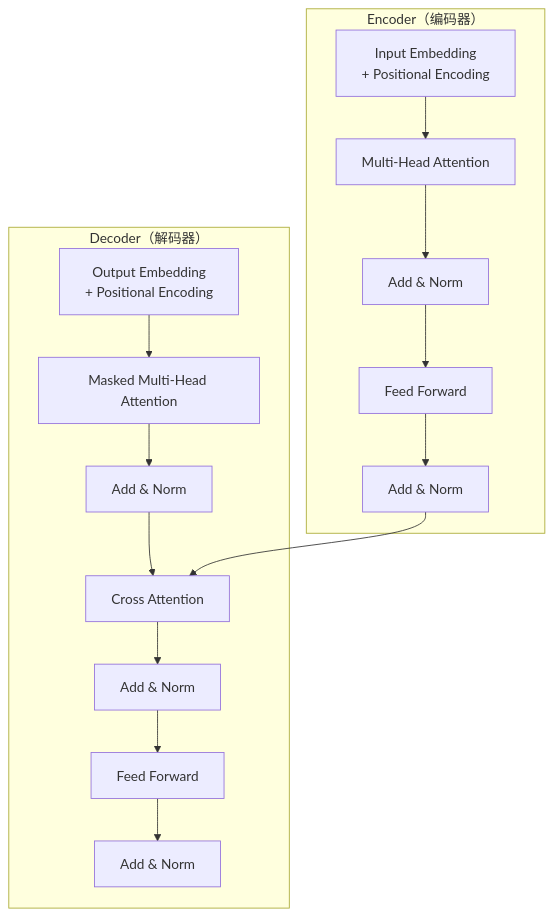
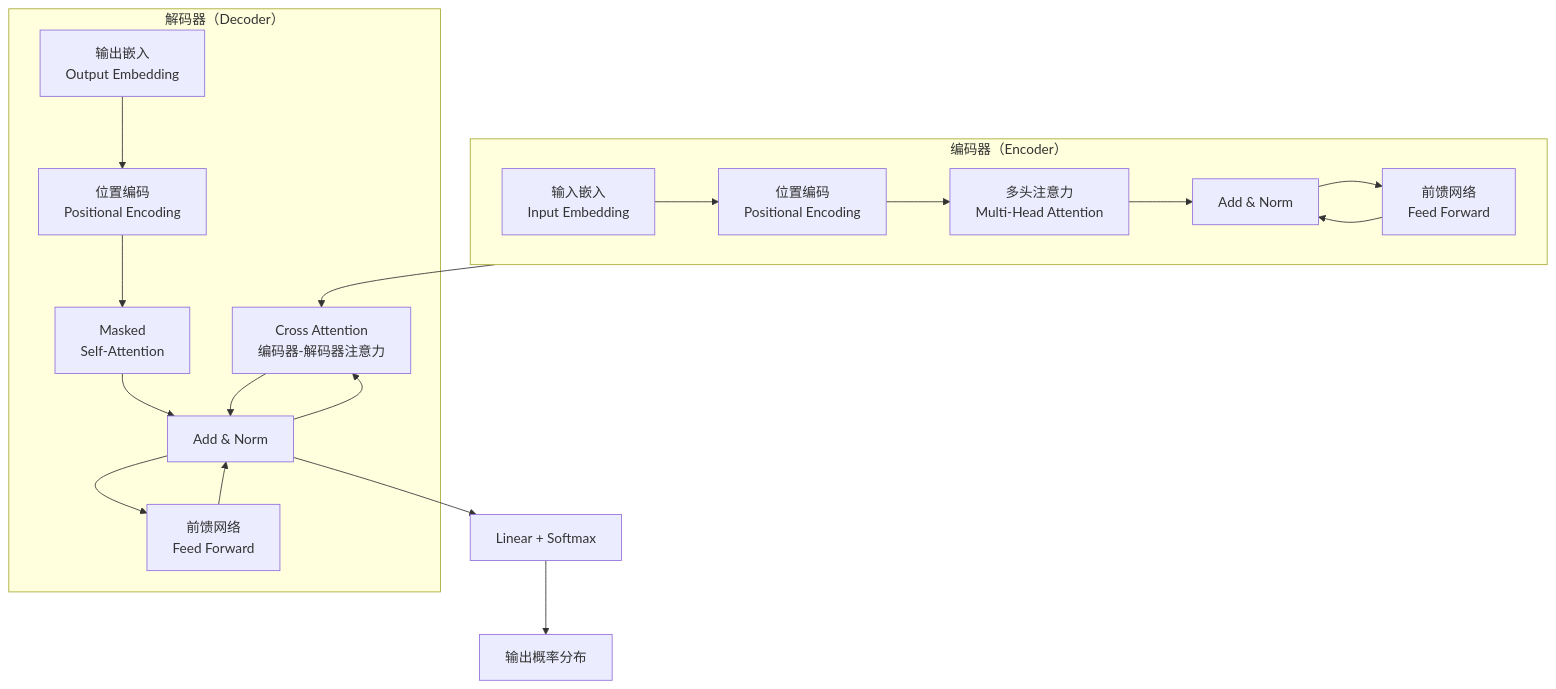
Before and after one commit to KasonLee-marker/ai-agent-interview-questions: the first of 4 diagrams in docs/fundamentals/transformer-architecture.md, drawn with Mermaid. The commit also changed other lines of this file, not shown here.

First line of the commit message:
docs: add Transformer architecture guide with 5 interview questions

````diff
--- a/docs/fundamentals/transformer-architecture.md
+++ b/docs/fundamentals/transformer-architecture.md
@@ -20,24 +20,25 @@
 ```mermaid
 flowchart TB
-    subgraph Encoder["Encoder（编码器）"]
-        E1["Input Embedding<br/>+ Positional Encoding"]
-        E2["Multi-Head Attention"]
-        E3["Add & Norm"]
-        E4["Feed Forward"]
-        E5["Add & Norm"]
-        E1 --> E2 --> E3 --> E4 --> E5
+    subgraph Encoder["编码器（Encoder）"]
+        E1[输入嵌入<br/>Input Embedding]
+        E2[位置编码<br/>Positional Encoding]
+        E3[多头注意力<br/>Multi-Head Attention]
+        E4[前馈网络<br/>Feed Forward]
+        E5[Add & Norm]
+        E1 --> E2 --> E3 --> E5 --> E4 --> E5
     end
-
-    subgraph Decoder["Decoder（解码器）"]
-        D1["Output Embedding<br/>+ Positional Encoding"]
-        D2["Masked Multi-Head Attention"]
-        D3["Add & Norm"]
-        D4["Cross Attention"]
-        D5["Add & Norm"]
-        D6["Feed Forward"]
-        D7["Add & Norm"]
-        D1 --> D2 --> D3 --> D4 --> D5 --> D6 --> D7
+    
+    subgraph Decoder["解码器（Decoder）"]
+        D1[输出嵌入<br/>Output Embedding]
+        D2[位置编码<br/>Positional Encoding]
+        D3[Masked<br/>Self-Attention]
+        D4[Cross Attention<br/>编码器-解码器注意力]
+        D5[前馈网络<br/>Feed Forward]
+        D6[Add & Norm]
+        D1 --> D2 --> D3 --> D6 --> D4 --> D6 --> D5 --> D6
     end
-
-    E5 --> D4
+    
+    Encoder --> D4
+    D6 --> D7[Linear + Softmax]
+    D7 --> D8[输出概率分布]
 ```
````
